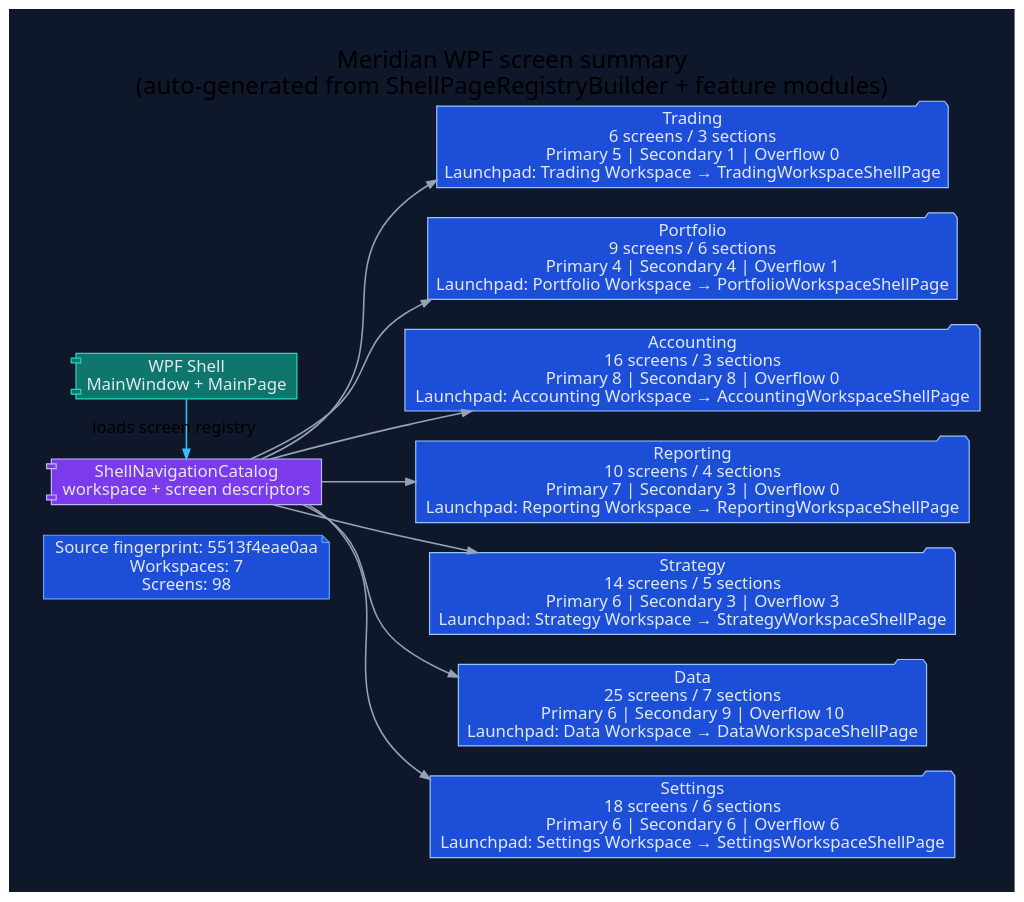
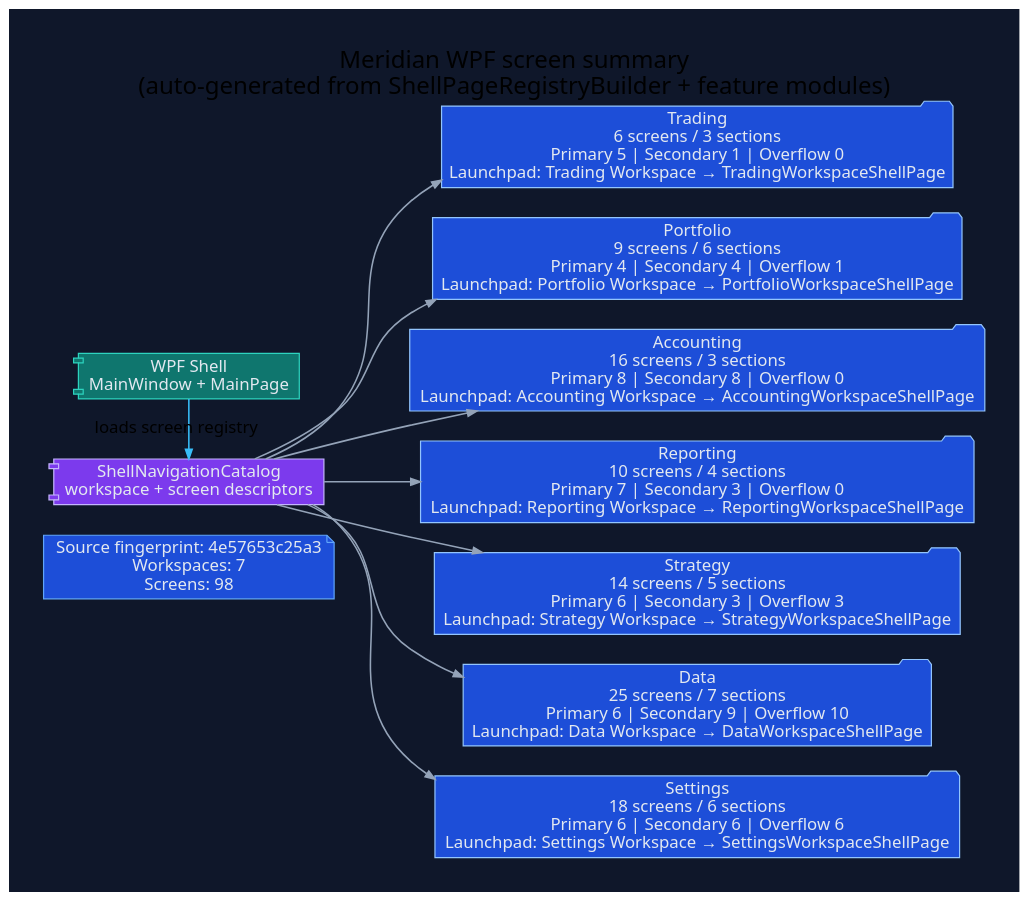
One commit to rodoHasArrived/Meridian-main changed the diagram in docs/diagrams/ui-wpf-screen-summary.dot. Above: the diagram before and after it, drawn with Graphviz. The commit also changed 107 other files, not shown here.

First line of the commit message:
docs(generated): refresh references, diagrams and coverage after merging the base

```diff
--- a/docs/diagrams/ui-wpf-screen-summary.dot
+++ b/docs/diagrams/ui-wpf-screen-summary.dot
@@ -1,42 +1,42 @@
 // -----------------------------------------------------------------------------
 // <auto-generated>
 // Generated by scripts/generate-diagrams.mjs.
 // Do not edit this file directly; update the WPF source files instead.
 // -----------------------------------------------------------------------------
 digraph WpfScreenSummary {
   graph [
     rankdir=LR,
     labelloc=t,
     label="Meridian WPF screen summary\n(auto-generated from ShellPageRegistryBuilder + feature modules)",
     fontname="Segoe UI",
     fontsize=20,
     pad=0.4,
     nodesep=0.35,
     ranksep=0.85,
     bgcolor="#0f172a"
   ];
   node [fontname="Segoe UI", shape=box, style="rounded,filled", color="#475569", fontcolor="#e2e8f0", fillcolor="#1e293b"];
   edge [fontname="Segoe UI", color="#94a3b8", penwidth=1.3, arrowsize=0.8];
 
-  generated [shape=note, fillcolor="#1d4ed8", color="#60a5fa", label="Source fingerprint: 5513f4eae0aa\nWorkspaces: 7\nScreens: 98"];
+  generated [shape=note, fillcolor="#1d4ed8", color="#60a5fa", label="Source fingerprint: 4e57653c25a3\nWorkspaces: 7\nScreens: 98"];
   shell [shape=component, fillcolor="#0f766e", color="#2dd4bf", label="WPF Shell\nMainWindow + MainPage"];
   catalog [shape=component, fillcolor="#7c3aed", color="#c4b5fd", label="ShellNavigationCatalog\nworkspace + screen descriptors"];
   shell -> catalog [label="loads screen registry", color="#38bdf8"];
 
   workspace_1 [shape=folder, fillcolor="#1d4ed8", color="#93c5fd", label="Trading\n6 screens / 3 sections\nPrimary 5 | Secondary 1 | Overflow 0\nLaunchpad: Trading Workspace → TradingWorkspaceShellPage"];
   catalog -> workspace_1;
   workspace_2 [shape=folder, fillcolor="#1d4ed8", color="#93c5fd", label="Portfolio\n9 screens / 6 sections\nPrimary 4 | Secondary 4 | Overflow 1\nLaunchpad: Portfolio Workspace → PortfolioWorkspaceShellPage"];
   catalog -> workspace_2;
   workspace_3 [shape=folder, fillcolor="#1d4ed8", color="#93c5fd", label="Accounting\n16 screens / 3 sections\nPrimary 8 | Secondary 8 | Overflow 0\nLaunchpad: Accounting Workspace → AccountingWorkspaceShellPage"];
   catalog -> workspace_3;
   workspace_4 [shape=folder, fillcolor="#1d4ed8", color="#93c5fd", label="Reporting\n10 screens / 4 sections\nPrimary 7 | Secondary 3 | Overflow 0\nLaunchpad: Reporting Workspace → ReportingWorkspaceShellPage"];
   catalog -> workspace_4;
   workspace_5 [shape=folder, fillcolor="#1d4ed8", color="#93c5fd", label="Strategy\n14 screens / 5 sections\nPrimary 6 | Secondary 3 | Overflow 3\nLaunchpad: Strategy Workspace → StrategyWorkspaceShellPage"];
   catalog -> workspace_5;
   workspace_6 [shape=folder, fillcolor="#1d4ed8", color="#93c5fd", label="Data\n25 screens / 7 sections\nPrimary 6 | Secondary 9 | Overflow 10\nLaunchpad: Data Workspace → DataWorkspaceShellPage"];
   catalog -> workspace_6;
   workspace_7 [shape=folder, fillcolor="#1d4ed8", color="#93c5fd", label="Settings\n18 screens / 6 sections\nPrimary 6 | Secondary 6 | Overflow 6\nLaunchpad: Settings Workspace → SettingsWorkspaceShellPage"];
   catalog -> workspace_7;
 
   { rank=min; generated; shell; catalog; }
 }
```
